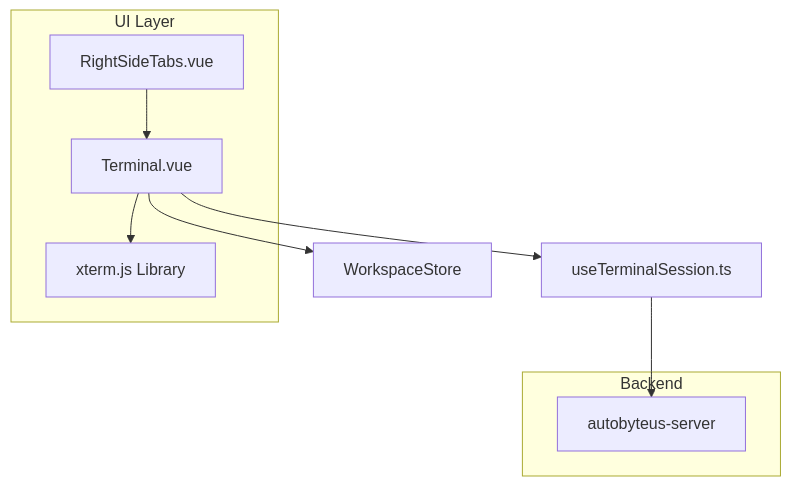
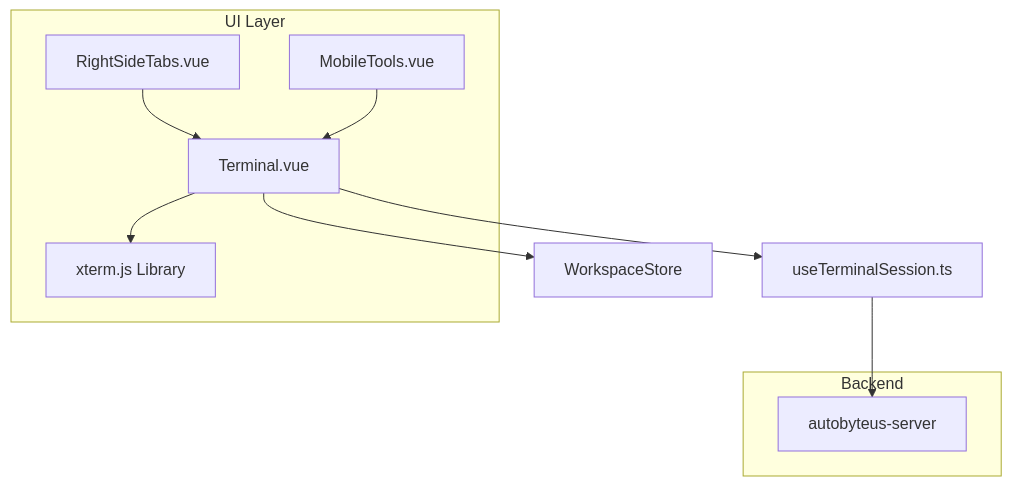
One commit to AutoByteus/autobyteus-workspace changed the first of 2 diagrams in autobyteus-web/docs/terminal.md. Above: the diagram before and after it, drawn with Mermaid. The commit also changed other lines of this file and 28 other files, not shown here.

````diff
--- a/autobyteus-web/docs/terminal.md
+++ b/autobyteus-web/docs/terminal.md
@@ -31,18 +33,20 @@
 ```mermaid
 flowchart TD
     subgraph "UI Layer"
         RightSideTabs[RightSideTabs.vue]
+        MobileTools[MobileTools.vue]
         Terminal[Terminal.vue]
         XTerm[xterm.js Library]
     end
 
     subgraph "Backend"
         Server[autobyteus-server]
     end
 
     RightSideTabs --> Terminal
+    MobileTools --> Terminal
     Terminal --> XTerm
     Terminal --> WorkspaceStore
     Terminal --> TerminalSession[useTerminalSession.ts]
     TerminalSession --> Server
 ```
````
